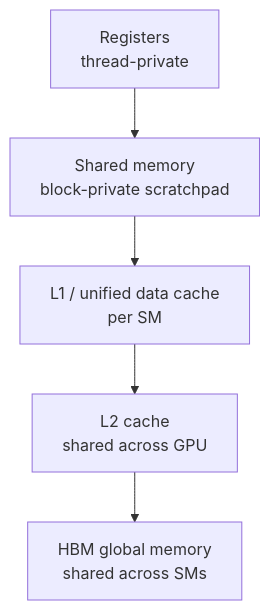
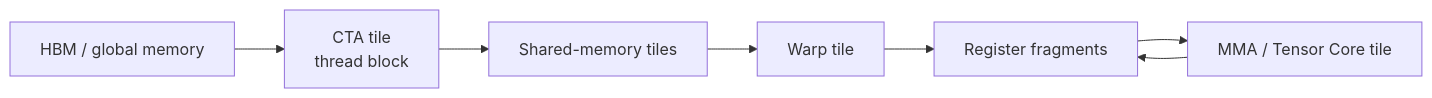
Before and after one commit to nawab-ali/mlsys-prep: the fourth of 5 diagrams in nvidia/02_gpu_execution_model.md, drawn with Mermaid. The commit also changed other lines of this file, not shown here.

Commit message:
Refresh NVIDIA GPU execution model module

````diff
--- a/nvidia/02_gpu_execution_model.md
+++ b/nvidia/02_gpu_execution_model.md
@@ -325,13 +693,12 @@
 ```mermaid
-flowchart TB
-    Reg[Registers<br/>thread-private]
-    Sh[Shared memory<br/>block-private scratchpad]
-    L1[L1 / unified data cache<br/>per SM]
-    L2[L2 cache<br/>shared across GPU]
-    HBM[HBM global memory<br/>shared across SMs]
+flowchart LR
+    HBM[HBM / global memory]
+    CTA[CTA tile<br/>thread block]
+    SMEM[Shared-memory tiles]
+    Warp[Warp tile]
+    Reg[Register fragments]
+    MMA[MMA / Tensor Core tile]
 
-    Reg --> Sh
-    Sh --> L1
-    L1 --> L2
-    L2 --> HBM
+    HBM --> CTA --> SMEM --> Warp --> Reg --> MMA
+    MMA --> Reg
 ```
````
